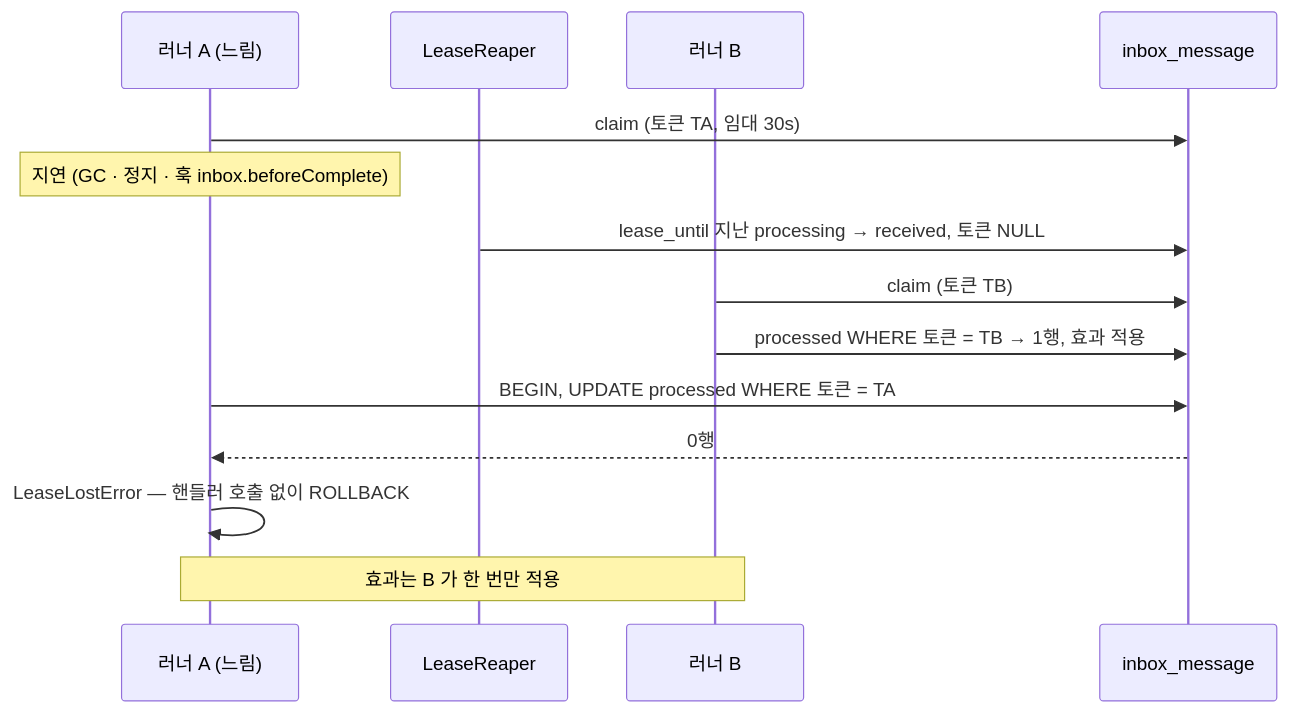
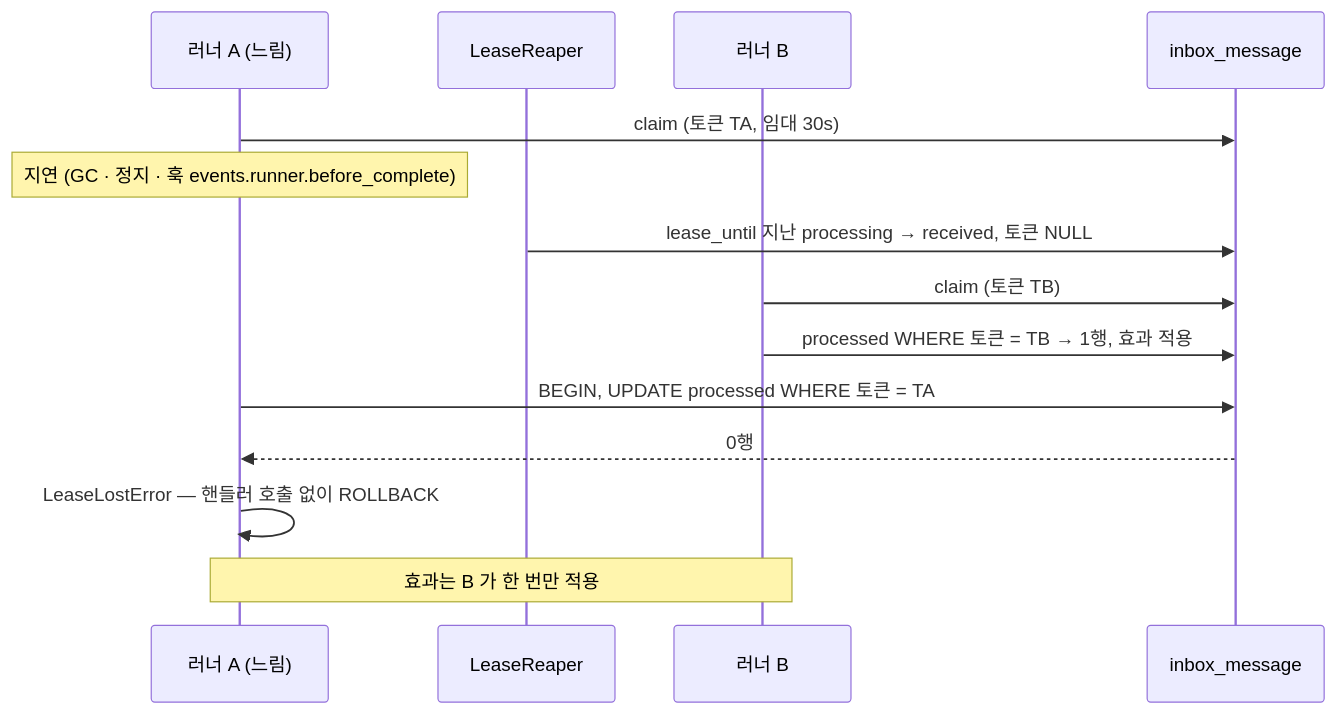
Before and after one commit to 1985jwlee/portpolio_backend: diagram 17 of 47 in docs/design/features/13-events-pipeline.md, drawn with Mermaid. The commit also changed other lines of this file and 33 other files, not shown here.

````diff
--- a/docs/design/features/13-events-pipeline.md
+++ b/docs/design/features/13-events-pipeline.md
@@ -977,16 +1002,16 @@
 ```mermaid
 sequenceDiagram
     participant A as 러너 A (느림)
     participant R as LeaseReaper
     participant B as 러너 B
     participant DB as inbox_message
     A->>DB: claim (토큰 TA, 임대 30s)
-    Note over A: 지연 (GC · 정지 · 훅 inbox.beforeComplete)
+    Note over A: 지연 (GC · 정지 · 훅 events.runner.before_complete)
     R->>DB: lease_until 지난 processing → received, 토큰 NULL
     B->>DB: claim (토큰 TB)
     B->>DB: processed WHERE 토큰 = TB → 1행, 효과 적용
     A->>DB: BEGIN, UPDATE processed WHERE 토큰 = TA
     DB-->>A: 0행
     A->>A: LeaseLostError — 핸들러 호출 없이 ROLLBACK
     Note over A,B: 효과는 B 가 한 번만 적용
 ```
````
